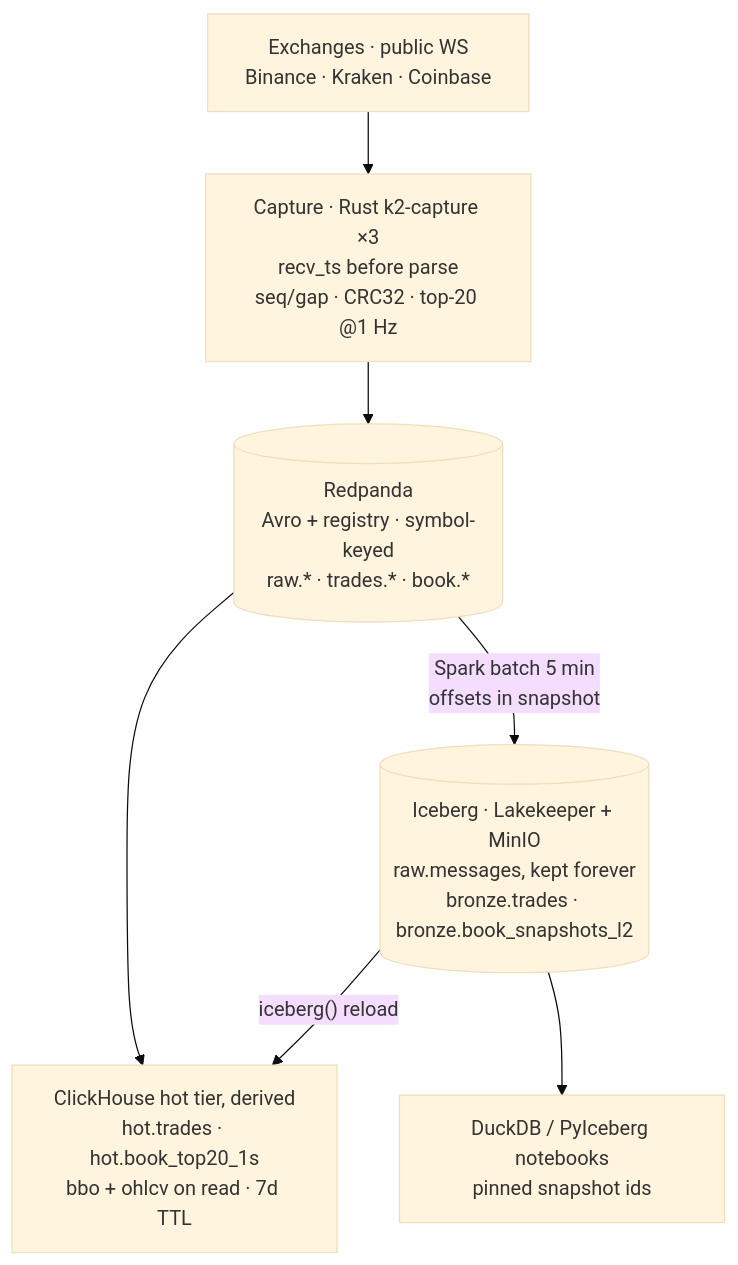
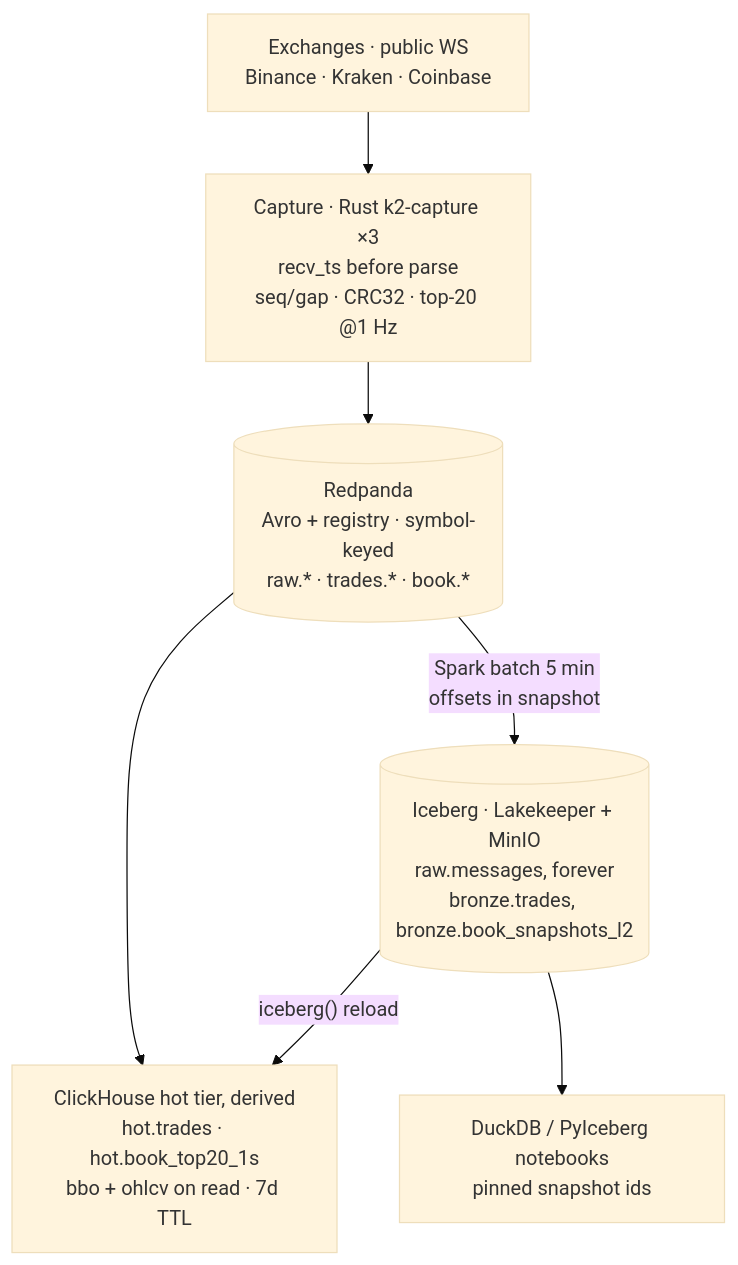
The first of 3 diagrams in docs/plans/2026-08-26-v3-quant-research-platform/README.md (rjdscott/k2-market-data-platform), drawn with Mermaid (base theme) before and after one commit. The commit also changed other lines of this file and 82 other files, not shown here.

````diff
--- a/docs/plans/2026-08-26-v3-quant-research-platform/README.md
+++ b/docs/plans/2026-08-26-v3-quant-research-platform/README.md
@@ -32,14 +32,14 @@
 ```mermaid
 flowchart TB
   EX["Exchanges · public WS<br/>Binance · Kraken · Coinbase"]
   CAP["Capture · Rust k2-capture ×3<br/>recv_ts before parse<br/>seq/gap · CRC32 · top-20 @1 Hz"]
   RP[("Redpanda<br/>Avro + registry · symbol-keyed<br/>raw.* · trades.* · book.*")]
-  IB[("Iceberg · Lakekeeper + MinIO<br/>raw.messages, kept forever<br/>bronze.trades · bronze.book_snapshots_l2")]
+  IB[("Iceberg · Lakekeeper + MinIO<br/>raw.messages, forever<br/>bronze.trades, bronze.book_snapshots_l2")]
   CH["ClickHouse hot tier, derived<br/>hot.trades · hot.book_top20_1s<br/>bbo + ohlcv on read · 7d TTL"]
   DD["DuckDB / PyIceberg notebooks<br/>pinned snapshot ids"]
   EX --> CAP --> RP
   RP -->|"Spark batch 5 min<br/>offsets in snapshot"| IB
   RP --> CH
   IB -->|"iceberg() reload"| CH
   IB --> DD
 ```
````
